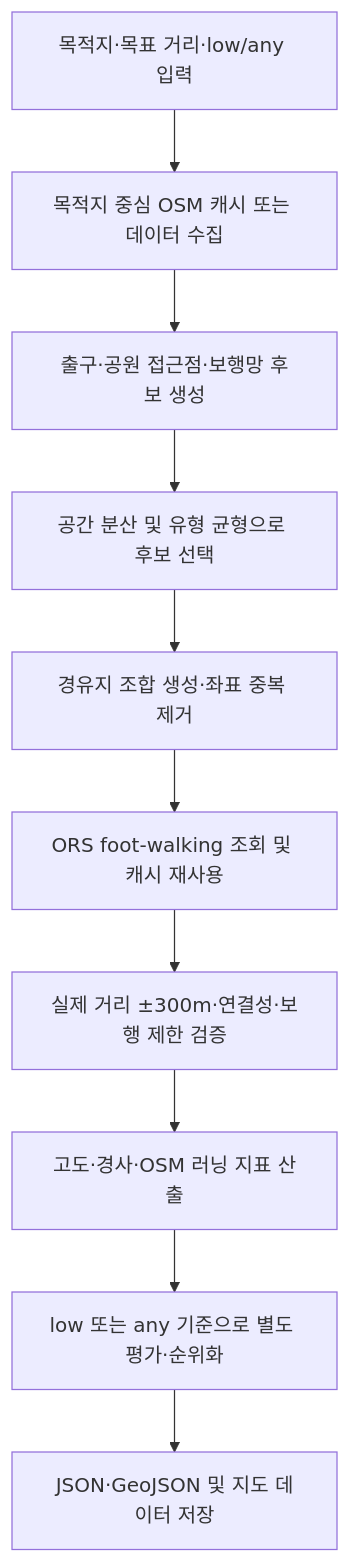
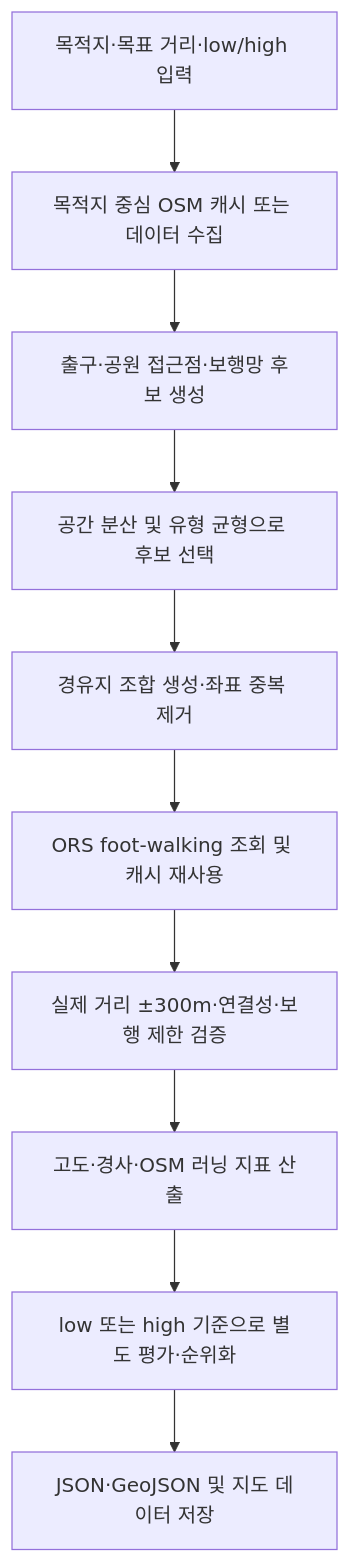
Before and after one commit to mgyu272/LessGo: the diagram in README.md, drawn with Mermaid. The commit also changed other lines of this file, not shown here.

````diff
--- a/README.md
+++ b/README.md
@@ -26,12 +27,12 @@
 ```mermaid
 flowchart TD
-    A[목적지·목표 거리·low/any 입력] --> B[목적지 중심 OSM 캐시 또는 데이터 수집]
+    A[목적지·목표 거리·low/high 입력] --> B[목적지 중심 OSM 캐시 또는 데이터 수집]
     B --> C[출구·공원 접근점·보행망 후보 생성]
     C --> D[공간 분산 및 유형 균형으로 후보 선택]
     D --> E[경유지 조합 생성·좌표 중복 제거]
     E --> F[ORS foot-walking 조회 및 캐시 재사용]
     F --> G[실제 거리 ±300m·연결성·보행 제한 검증]
     G --> H[고도·경사·OSM 러닝 지표 산출]
-    H --> I[low 또는 any 기준으로 별도 평가·순위화]
+    H --> I[low 또는 high 기준으로 별도 평가·순위화]
     I --> J[JSON·GeoJSON 및 지도 데이터 저장]
 ```
````
